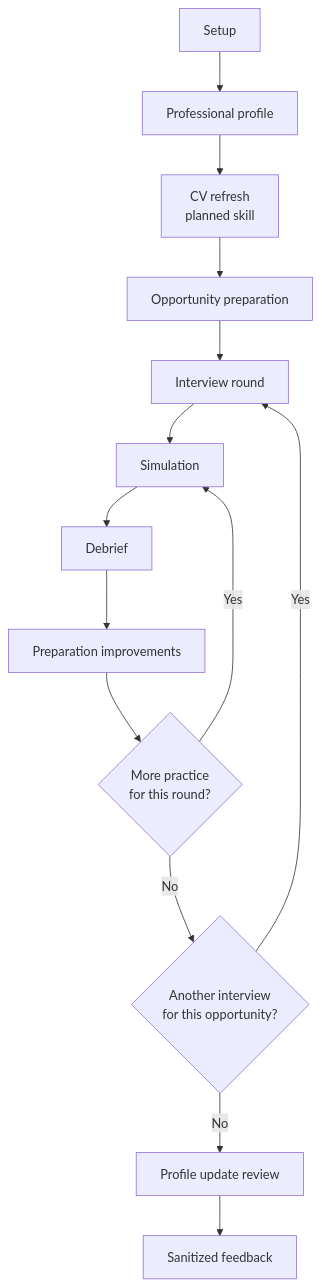
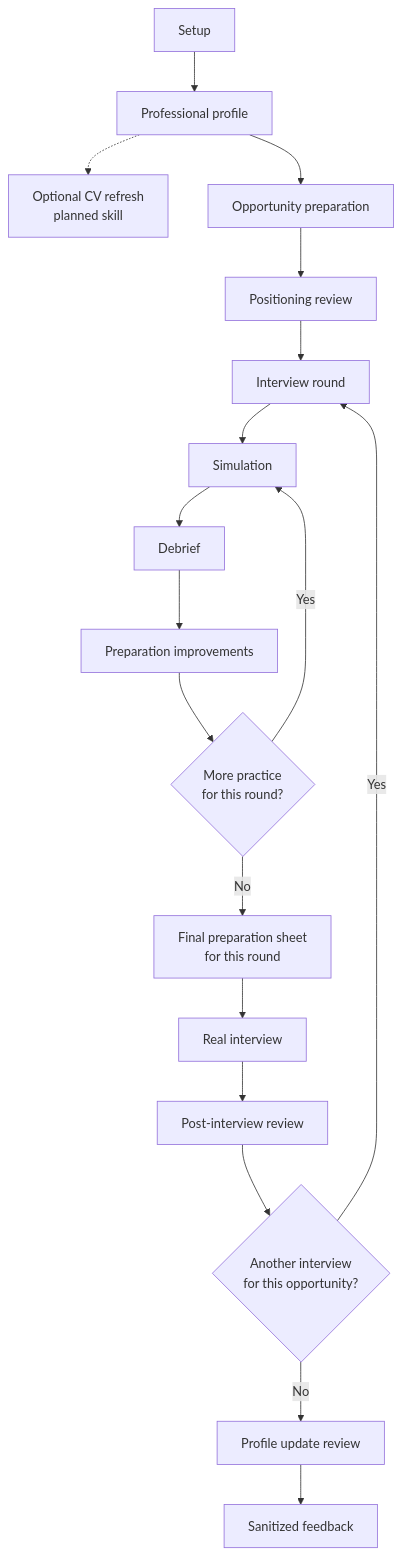
One commit to JeromeJ77/career-ai-toolkit changed the diagram in docs/pilot-testing.md. Above: the diagram before and after it, drawn with Mermaid. The commit also changed other lines of this file and 5 other files, not shown here.

Commit message:
docs: improve diagrams (+coloring) and clarify opportunity workflow

````diff
--- a/docs/pilot-testing.md
+++ b/docs/pilot-testing.md
@@ -28,22 +31,27 @@
 ```mermaid
 flowchart TD
     setup["Setup"]
     profile["Professional profile"]
-    cv["CV refresh<br/>planned skill"]
+    cv["Optional CV refresh<br/>planned skill"]
     opportunity["Opportunity preparation"]
+    positioning["Positioning review"]
     round["Interview round"]
     simulation["Simulation"]
     debrief["Debrief"]
     improve["Preparation improvements"]
     morePractice{More practice<br/>for this round?}
+    sheet["Final preparation sheet<br/>for this round"]
+    realInterview["Real interview"]
+    review["Post-interview review"]
     moreRounds{Another interview<br/>for this opportunity?}
     update["Profile update review"]
     feedback["Sanitized feedback"]
 
-    setup --> profile --> cv --> opportunity --> round
+    setup --> profile --> opportunity --> positioning --> round
+    profile -.-> cv
     round --> simulation --> debrief --> improve --> morePractice
     morePractice -- Yes --> simulation
-    morePractice -- No --> moreRounds
+    morePractice -- No --> sheet --> realInterview --> review --> moreRounds
     moreRounds -- Yes --> round
     moreRounds -- No --> update --> feedback
 ```
````
